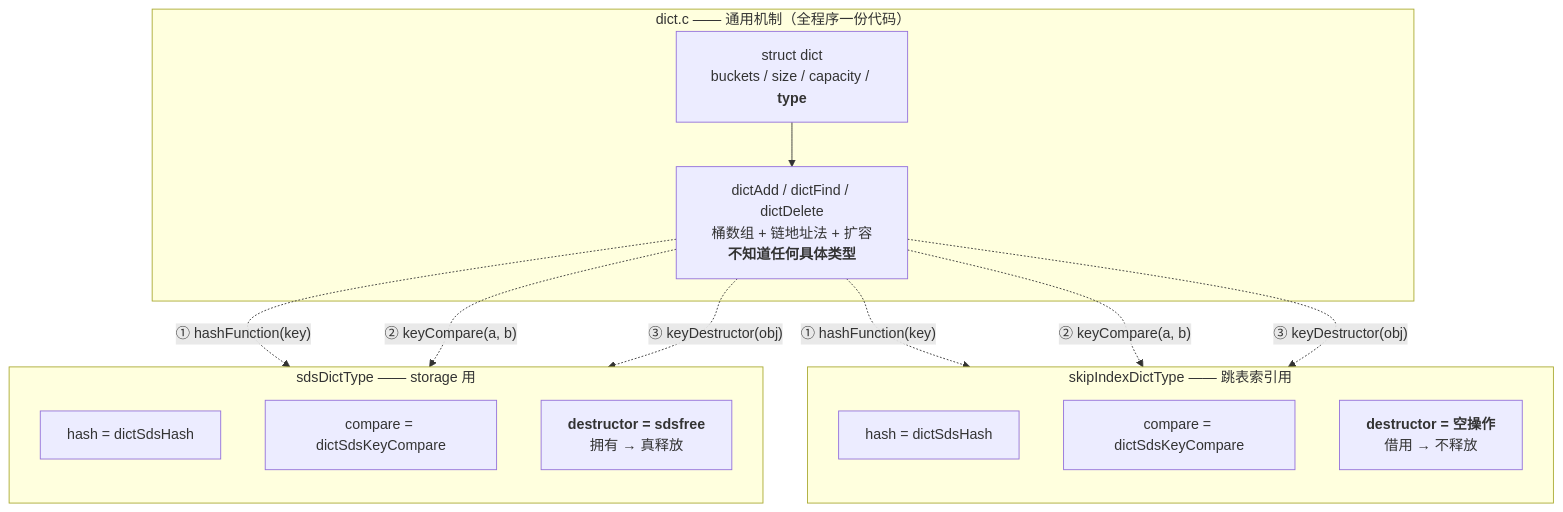
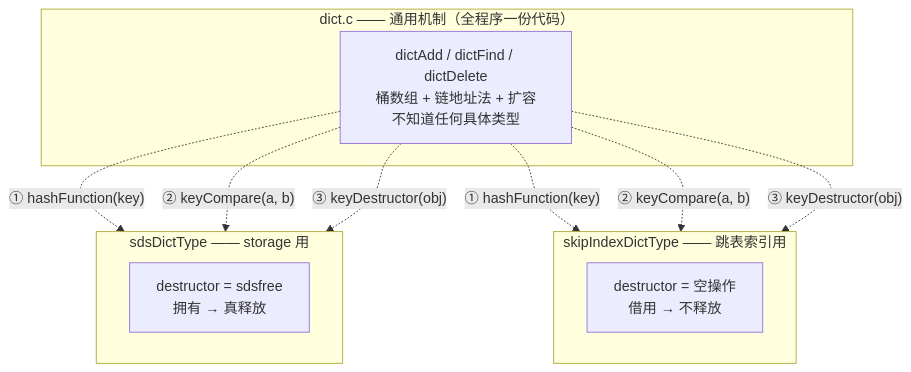
Before and after one commit to huangguodong234/mini-redis: the second of 8 diagrams in docs/字典设计.md, drawn with Mermaid. The commit also changed other lines of this file and 8 other files, not shown here.

````diff
--- a/docs/字典设计.md
+++ b/docs/字典设计.md
@@ -16,29 +52,20 @@
 ```mermaid
 flowchart TB
     subgraph MECH["dict.c —— 通用机制（全程序一份代码）"]
-        D["struct dict<br/>buckets / size / capacity / <b>type</b>"]
-        CORE["dictAdd / dictFind / dictDelete<br/>桶数组 + 链地址法 + 扩容<br/><b>不知道任何具体类型</b>"]
-        D --> CORE
+        CORE["dictAdd / dictFind / dictDelete<br/>桶数组 + 链地址法 + 扩容<br/>不知道任何具体类型"]
     end
 
     CORE -.->|"① hashFunction(key)"| T1
     CORE -.->|"② keyCompare(a, b)"| T1
     CORE -.->|"③ keyDestructor(obj)"| T1
     CORE -.->|"① hashFunction(key)"| T2
     CORE -.->|"② keyCompare(a, b)"| T2
     CORE -.->|"③ keyDestructor(obj)"| T2
 
     subgraph T1["sdsDictType —— storage 用"]
-        direction TB
-        A1["hash = dictSdsHash"]
-        A2["compare = dictSdsKeyCompare"]
-        A3["<b>destructor = sdsfree</b><br/>拥有 → 真释放"]
+        A3["destructor = sdsfree<br/>拥有 → 真释放"]
     end
-
     subgraph T2["skipIndexDictType —— 跳表索引用"]
-        direction TB
-        B1["hash = dictSdsHash"]
-        B2["compare = dictSdsKeyCompare"]
-        B3["<b>destructor = 空操作</b><br/>借用 → 不释放"]
+        B3["destructor = 空操作<br/>借用 → 不释放"]
     end
 ```
````
